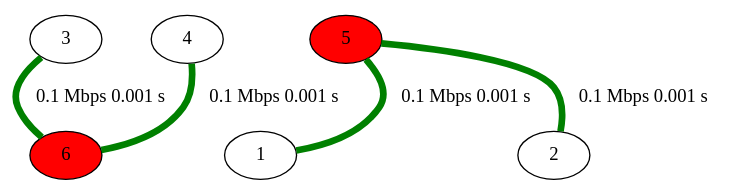
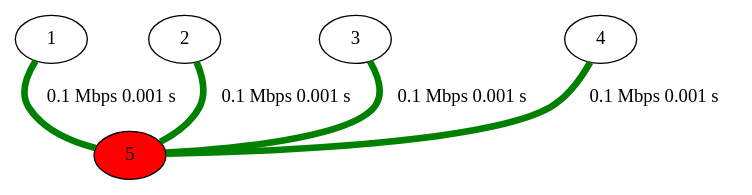
One commit to nonononoka/ntSimulator changed the diagram in network.gv. Above: the diagram before and after it, drawn with Graphviz. The commit also changed 6 other files, not shown here.

```diff
--- a/network.gv
+++ b/network.gv
@@ -1,40 +1,38 @@
 strict graph {
 
-
-	"3" [  weight=0 ];
-
-	"3" -- "6" [ color="green", label="0.1 Mbps 0.001 s
-", penwidth="5.00",  weight=0 ];
-
-	"4" [  weight=0 ];
-
-	"4" -- "6" [ color="green", label="0.1 Mbps 0.001 s
-", penwidth="5.00",  weight=0 ];
-
-	"5" [ fillcolor="red", style="filled",  weight=0 ];
-
-	"5" -- "1" [ color="green", label="0.1 Mbps 0.001 s
-", penwidth="5.00",  weight=0 ];
-
-	"5" -- "2" [ color="green", label="0.1 Mbps 0.001 s
-", penwidth="5.00",  weight=0 ];
-
-	"6" [ fillcolor="red", style="filled",  weight=0 ];
-
-	"6" -- "4" [ color="green", label="0.1 Mbps 0.001 s
-", penwidth="5.00",  weight=0 ];
-
-	"6" -- "3" [ color="green", label="0.1 Mbps 0.001 s
-", penwidth="5.00",  weight=0 ];
 
 	"1" [  weight=0 ];
 
 	"1" -- "5" [ color="green", label="0.1 Mbps 0.001 s
 ", penwidth="5.00",  weight=0 ];
 
 	"2" [  weight=0 ];
 
 	"2" -- "5" [ color="green", label="0.1 Mbps 0.001 s
 ", penwidth="5.00",  weight=0 ];
 
+	"3" [  weight=0 ];
+
+	"3" -- "5" [ color="green", label="0.1 Mbps 0.001 s
+", penwidth="5.00",  weight=0 ];
+
+	"4" [  weight=0 ];
+
+	"4" -- "5" [ color="green", label="0.1 Mbps 0.001 s
+", penwidth="5.00",  weight=0 ];
+
+	"5" [ fillcolor="red", style="filled",  weight=0 ];
+
+	"5" -- "1" [ color="green", label="0.1 Mbps 0.001 s
+", penwidth="5.00",  weight=0 ];
+
+	"5" -- "2" [ color="green", label="0.1 Mbps 0.001 s
+", penwidth="5.00",  weight=0 ];
+
+	"5" -- "3" [ color="green", label="0.1 Mbps 0.001 s
+", penwidth="5.00",  weight=0 ];
+
+	"5" -- "4" [ color="green", label="0.1 Mbps 0.001 s
+", penwidth="5.00",  weight=0 ];
+
 }
```
